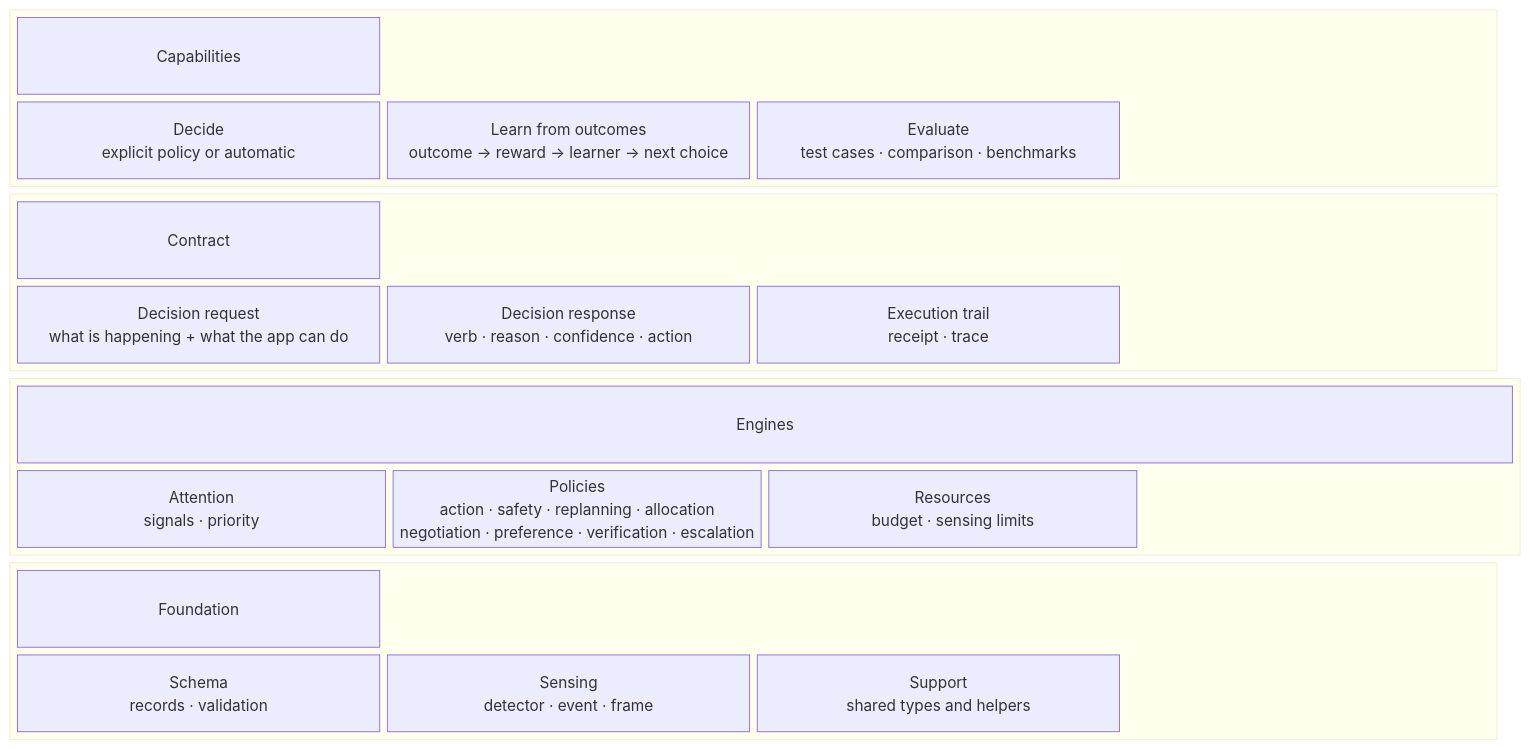
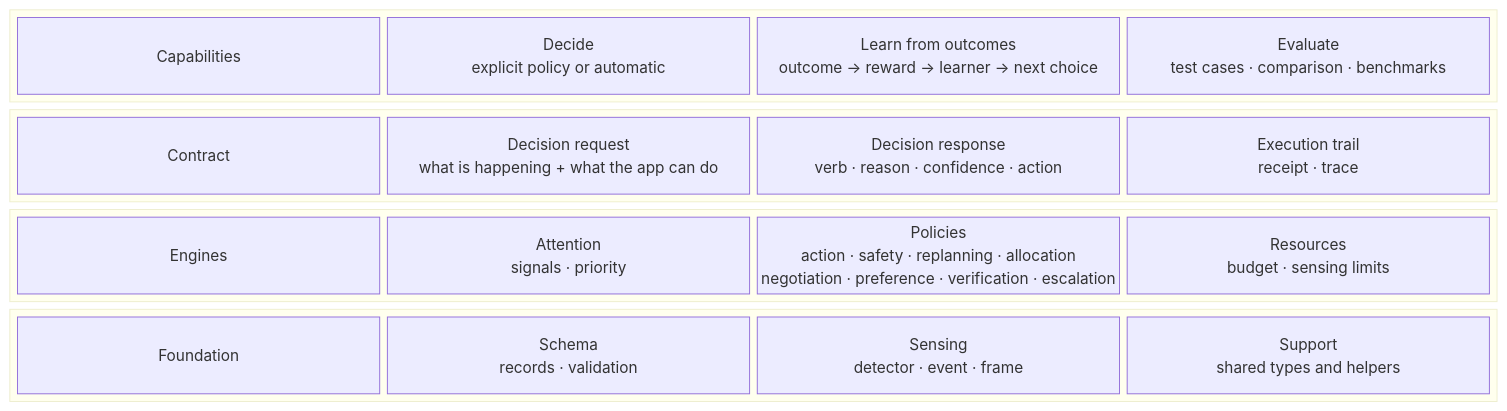
One commit to michaelatamuk/laix changed the diagram in docs/core/00-core-architecture.md. Above: the diagram before and after it, drawn with Mermaid.

Commit message:
docs: make the row name the first block
Each row now has four blocks: the row label, then the three parts. No extra title row.

````diff
--- a/docs/core/00-core-architecture.md
+++ b/docs/core/00-core-architecture.md
@@ -5,43 +5,39 @@
 ```mermaid
 block-beta
     columns 1
 
     block:capabilities
         columns 4
-        capabilities_title["Capabilities"]:4
+        capabilities_label["Capabilities"]
         decide["Decide<br/>explicit policy or automatic"]
         learn["Learn from outcomes<br/>outcome → reward → learner → next choice"]
         evaluate["Evaluate<br/>test cases · comparison · benchmarks"]
-        space
     end
 
     block:contract
         columns 4
-        contract_title["Contract"]:4
+        contract_label["Contract"]
         request["Decision request<br/>what is happening + what the app can do"]
         response["Decision response<br/>verb · reason · confidence · action"]
         trail["Execution trail<br/>receipt · trace"]
-        space
     end
 
     block:engines
         columns 4
-        engines_title["Engines"]:4
+        engines_label["Engines"]
         attention["Attention<br/>signals · priority"]
         policies["Policies<br/>action · safety · replanning · allocation<br/>negotiation · preference · verification · escalation"]
         resources["Resources<br/>budget · sensing limits"]
-        space
     end
 
     block:foundation
         columns 4
-        foundation_title["Foundation"]:4
+        foundation_label["Foundation"]
         schema["Schema<br/>records · validation"]
         sensing["Sensing<br/>detector · event · frame"]
         support["Support<br/>shared types and helpers"]
-        space
     end
 
-    style capabilities_title font-size:22px,font-weight:bold
-    style contract_title font-size:14px
+    style capabilities_label font-size:22px,font-weight:bold
+    style contract_label font-size:14px
 ```
````
